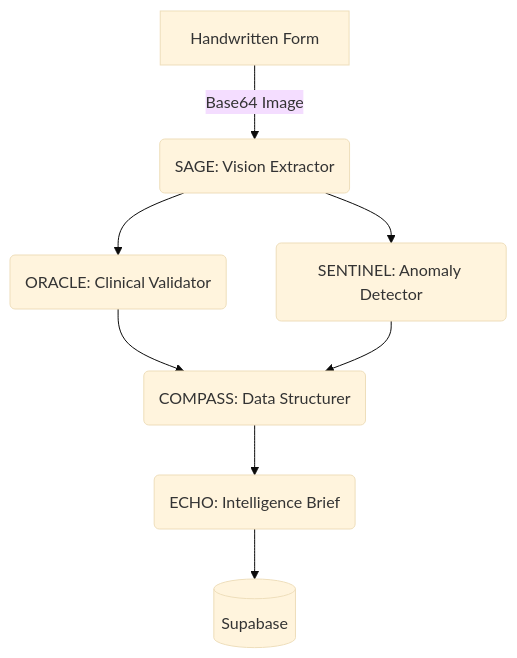
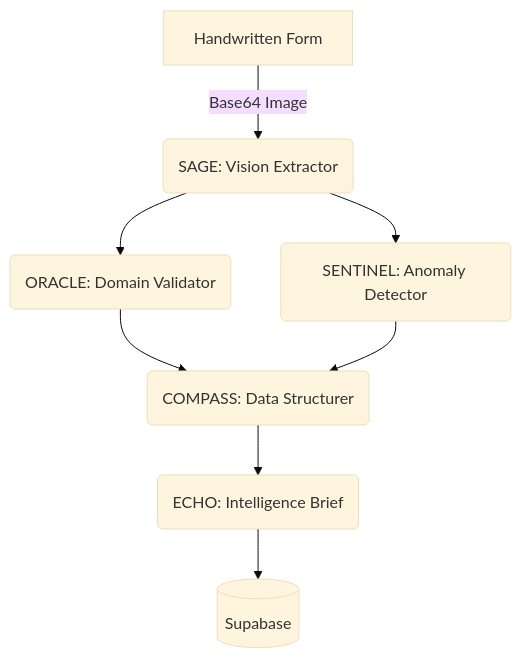
The diagram in README.md (samarthsaxena2004/prism), drawn with Mermaid (base theme) before and after one commit. The commit also changed other lines of this file, not shown here.

````diff
--- a/README.md
+++ b/README.md
@@ -97,10 +102,10 @@
 ```mermaid
 graph TD
     A[Handwritten Form] -->|Base64 Image| B(SAGE: Vision Extractor)
-    B --> C(ORACLE: Clinical Validator)
+    B --> C(ORACLE: Domain Validator)
     B --> D(SENTINEL: Anomaly Detector)
     C --> E(COMPASS: Data Structurer)
     D --> E
     E --> F(ECHO: Intelligence Brief)
     F --> G[(Supabase)]
 ```
````
